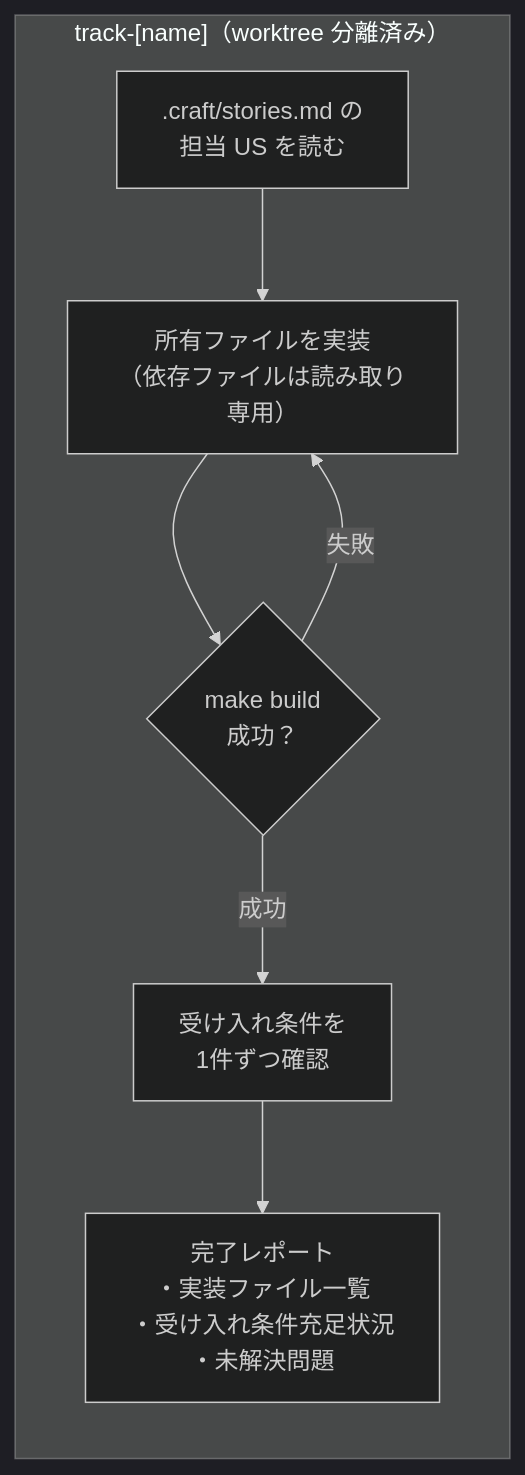
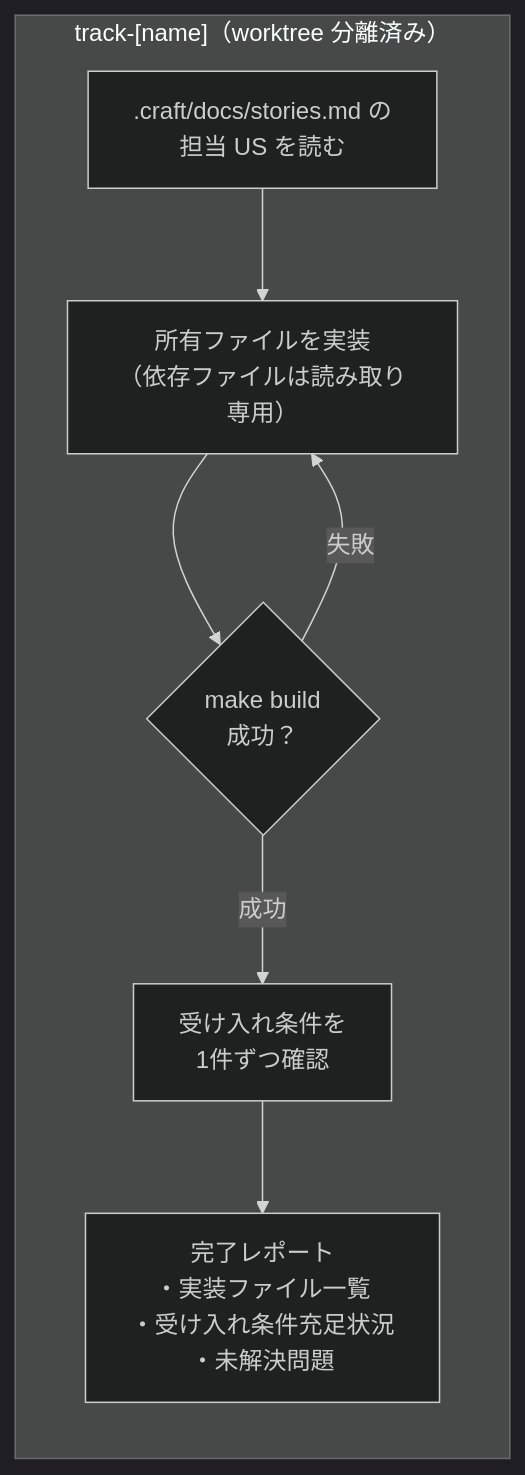
Before and after one commit to agaemo/dotfiles: the second of 2 diagrams in claude/skills/craft/flows/build/README.md, drawn with Mermaid (dark theme). The commit also changed other lines of this file and 29 other files, not shown here.

````diff
--- a/claude/skills/craft/flows/build/README.md
+++ b/claude/skills/craft/flows/build/README.md
@@ -66,12 +66,12 @@
 ```mermaid
 flowchart LR
     subgraph Track["track-[name]（worktree 分離済み）"]
         direction TB
-        R[".craft/stories.md の\n担当 US を読む"]
+        R[".craft/docs/stories.md の\n担当 US を読む"]
         R --> I["所有ファイルを実装\n（依存ファイルは読み取り専用）"]
         I --> B{"make build\n成功？"}
         B -->|失敗| I
         B -->|成功| V["受け入れ条件を\n1件ずつ確認"]
         V --> REP["完了レポート\n・実装ファイル一覧\n・受け入れ条件充足状況\n・未解決問題"]
     end
 ```
````
